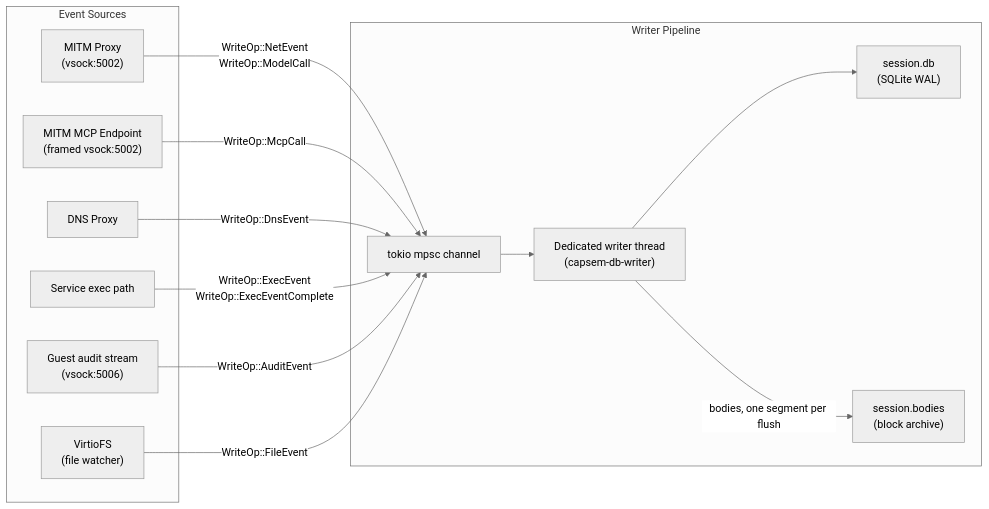
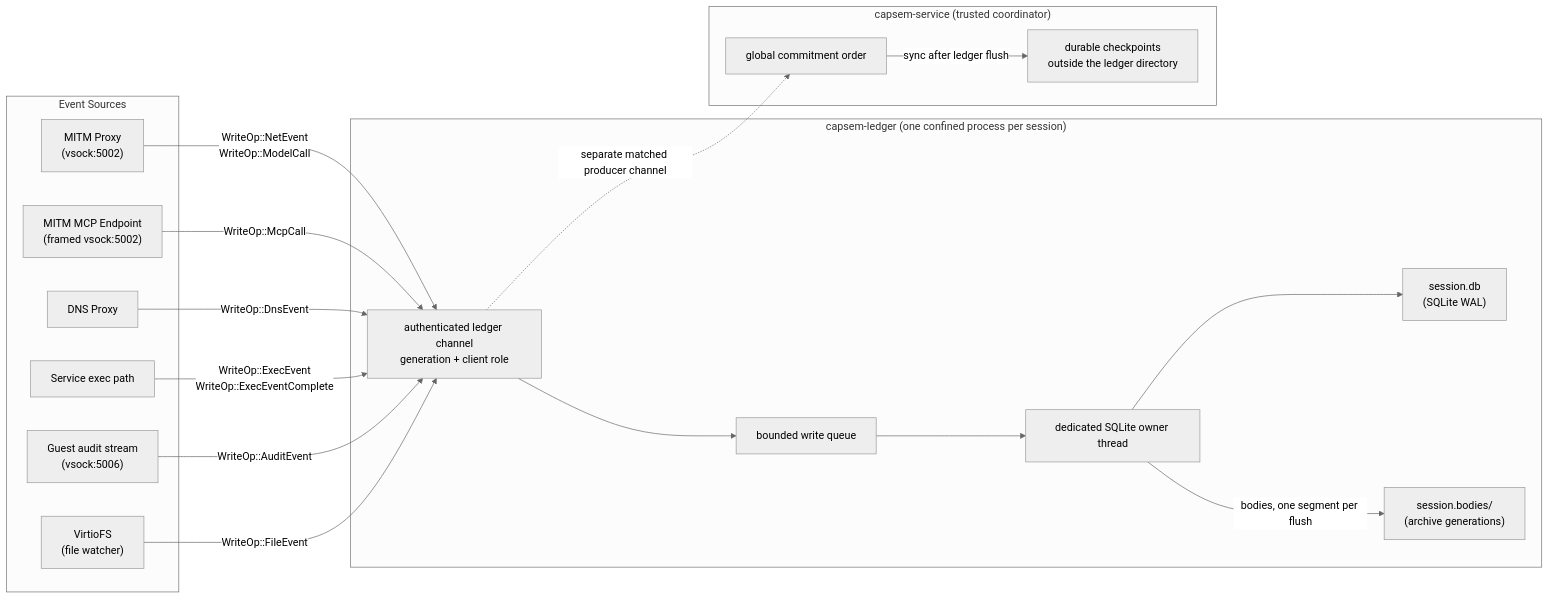
The third of 4 diagrams in web/docs/src/content/docs/architecture/session-telemetry.md (google/capsem), drawn with Mermaid (neutral theme) before and after one commit. The commit also changed other lines of this file and 96 other files, not shown here.

````diff
--- a/web/docs/src/content/docs/architecture/session-telemetry.md
+++ b/web/docs/src/content/docs/architecture/session-telemetry.md
@@ -627,28 +652,37 @@
 ```mermaid
 graph LR
     subgraph "Event Sources"
         MITM["MITM Proxy<br/>(vsock:5002)"]
         MCP["MITM MCP Endpoint<br/>(framed vsock:5002)"]
         DNS["DNS Proxy"]
         EXEC["Service exec path"]
         AUDIT["Guest audit stream<br/>(vsock:5006)"]
         FS["VirtioFS<br/>(file watcher)"]
     end
 
-    subgraph "Writer Pipeline"
-        CH["tokio mpsc channel"]
-        WT["Dedicated writer thread<br/>(capsem-db-writer)"]
+    subgraph "capsem-ledger (one confined process per session)"
+        IPC["authenticated ledger channel<br/>generation + client role"]
+        CH["bounded write queue"]
+        WT["dedicated SQLite owner thread"]
         DB["session.db<br/>(SQLite WAL)"]
-        BODIES["session.bodies<br/>(block archive)"]
+        BODIES["session.bodies/<br/>(archive generations)"]
     end
 
-    MITM -->|"WriteOp::NetEvent<br/>WriteOp::ModelCall"| CH
-    MCP -->|"WriteOp::McpCall"| CH
-    DNS -->|"WriteOp::DnsEvent"| CH
-    EXEC -->|"WriteOp::ExecEvent<br/>WriteOp::ExecEventComplete"| CH
-    AUDIT -->|"WriteOp::AuditEvent"| CH
-    FS -->|"WriteOp::FileEvent"| CH
+    subgraph "capsem-service (trusted coordinator)"
+        ORDER["global commitment order"]
+        CHECKPOINTS["durable checkpoints<br/>outside the ledger directory"]
+    end
+
+    MITM -->|"WriteOp::NetEvent<br/>WriteOp::ModelCall"| IPC
+    MCP -->|"WriteOp::McpCall"| IPC
+    DNS -->|"WriteOp::DnsEvent"| IPC
+    EXEC -->|"WriteOp::ExecEvent<br/>WriteOp::ExecEventComplete"| IPC
+    AUDIT -->|"WriteOp::AuditEvent"| IPC
+    FS -->|"WriteOp::FileEvent"| IPC
+    IPC --> CH
+    IPC -.->|"separate matched producer channel"| ORDER
     CH --> WT
     WT --> DB
     WT -->|"bodies, one segment per flush"| BODIES
+    ORDER -->|"sync after ledger flush"| CHECKPOINTS
 ```
````
